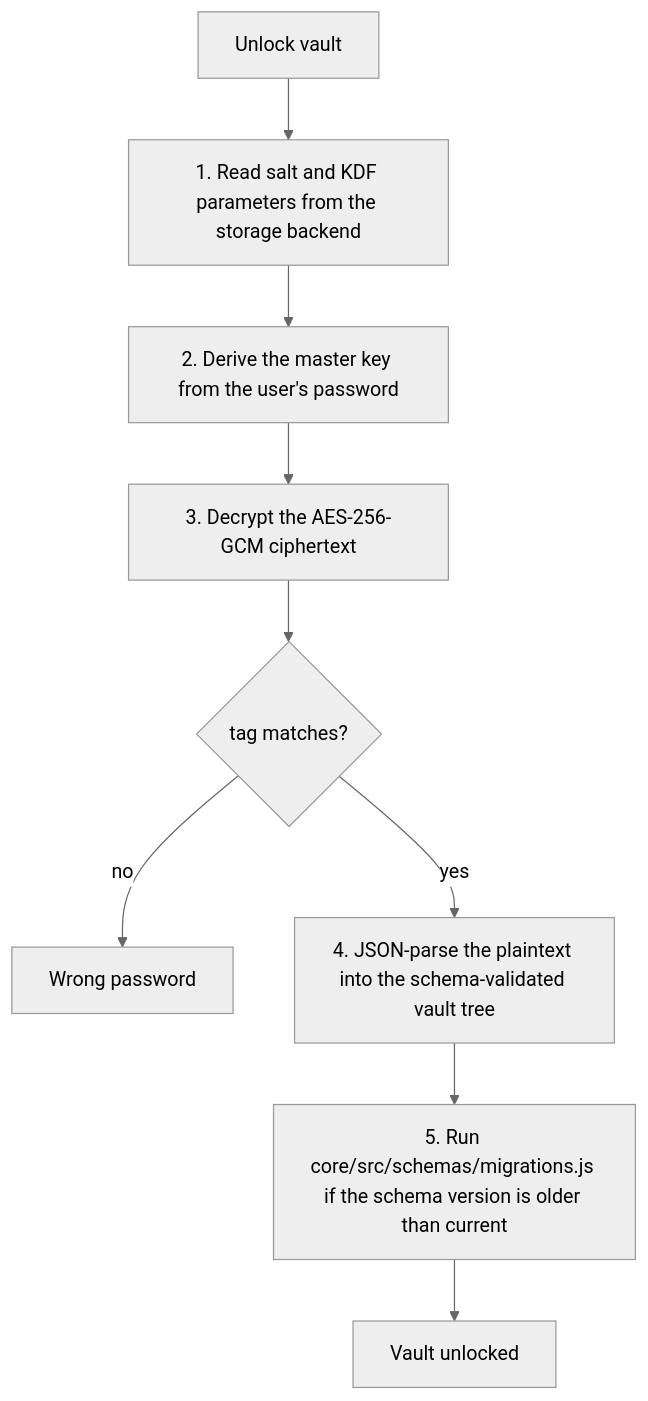
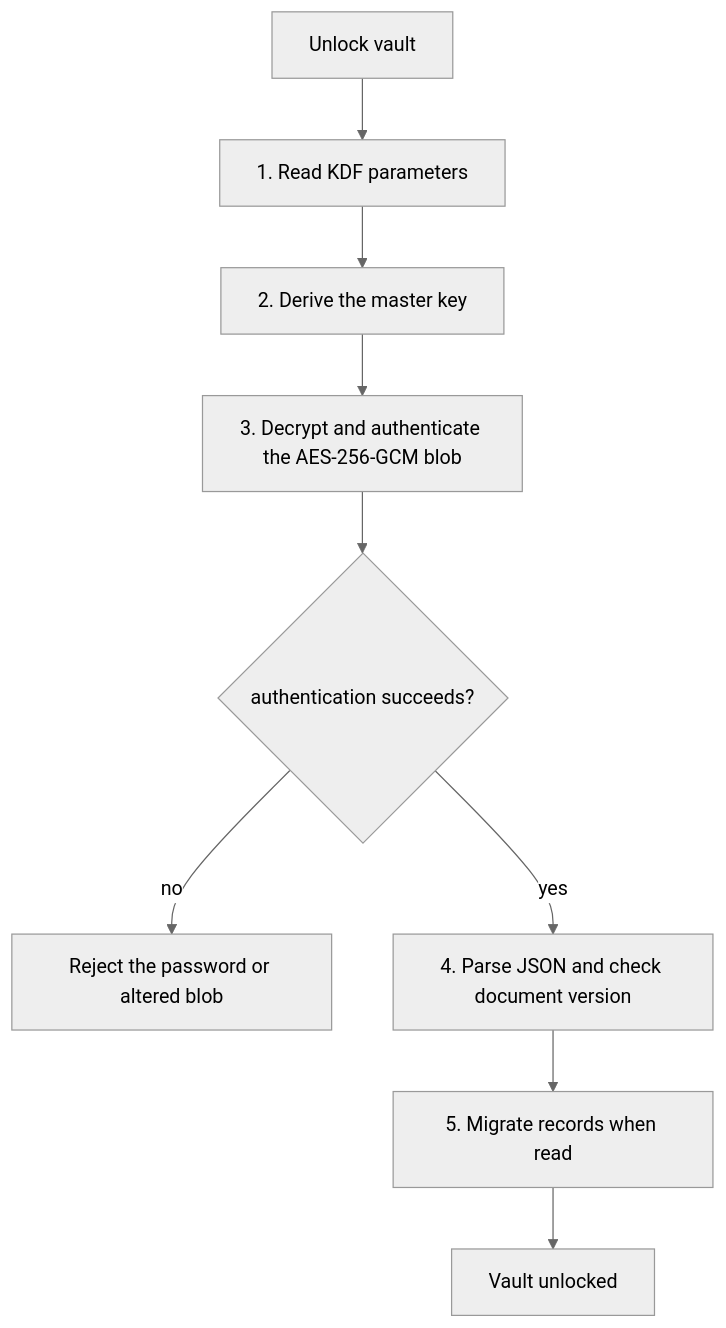
The diagram in components/wallet/keys-signing.md (XChain-Platform/xchain-documentation), drawn with Mermaid (neutral theme) before and after one commit. The commit also changed other lines of this file, not shown here.

````diff
--- a/components/wallet/keys-signing.md
+++ b/components/wallet/keys-signing.md
@@ -55,21 +65,21 @@
 ```mermaid
 flowchart TD
     START["Unlock vault"]
-    S1["1. Read salt and KDF parameters from the storage backend"]
-    S2["2. Derive the master key from the user's password"]
-    S3["3. Decrypt the AES-256-GCM ciphertext"]
-    S3_CHECK{"tag matches?"}
-    FAIL["Wrong password"]
-    S4["4. JSON-parse the plaintext into the schema-validated vault tree"]
-    S5["5. Run core/src/schemas/migrations.js if the schema version is older than current"]
+    S1["1. Read KDF parameters"]
+    S2["2. Derive the master key"]
+    S3["3. Decrypt and authenticate the AES-256-GCM blob"]
+    CHECK{"authentication succeeds?"}
+    FAIL["Reject the password or altered blob"]
+    S4["4. Parse JSON and check document version"]
+    S5["5. Migrate records when read"]
     DONE["Vault unlocked"]
 
     START --> S1
     S1 --> S2
     S2 --> S3
-    S3 --> S3_CHECK
-    S3_CHECK -->|"no"| FAIL
-    S3_CHECK -->|"yes"| S4
+    S3 --> CHECK
+    CHECK -->|"no"| FAIL
+    CHECK -->|"yes"| S4
     S4 --> S5
     S5 --> DONE
 ```
````
